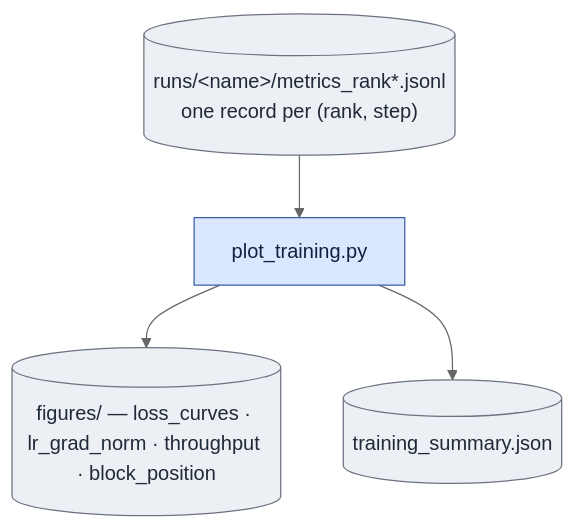
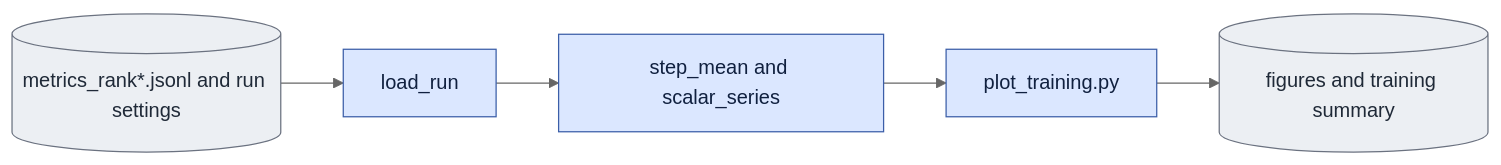
The diagram in scripts/onestep_avatar/doc/plot_training.md (AtlantixJJ/LTX-2), drawn with Mermaid (neutral theme) before and after one commit. The commit also changed other lines of this file and 160 other files, not shown here.

First line of the commit message:
refactor(avatar): modularize onestep_avatar architecture, training engine, and evaluation queue

````diff
--- a/scripts/onestep_avatar/doc/plot_training.md
+++ b/scripts/onestep_avatar/doc/plot_training.md
@@ -13,15 +15,10 @@
 ```mermaid
-flowchart TD
-  JSONL[("runs/&lt;name&gt;/metrics_rank*.jsonl<br/>one record per (rank, step)")]
-  PLOT["plot_training.py"]
-  FIGS[("figures/ — loss_curves · lr_grad_norm · throughput · block_position")]
-  SUM[("training_summary.json")]
-
-  JSONL --> PLOT --> FIGS
-  PLOT --> SUM
-
+flowchart LR
+  L[("metrics_rank*.jsonl and run settings")] --> R["load_run"]
+  R --> A["step_mean and scalar_series"]
+  A --> P["plot_training.py"] --> F[("figures and training summary")]
   classDef proc fill:#dbe7ff,stroke:#3b5ea8,color:#10203f;
   classDef disk fill:#eceff3,stroke:#6b7280,color:#1f2937;
-  class PLOT proc;
-  class JSONL,FIGS,SUM disk;
+  class R,A,P proc;
+  class L,F disk;
 ```
````
